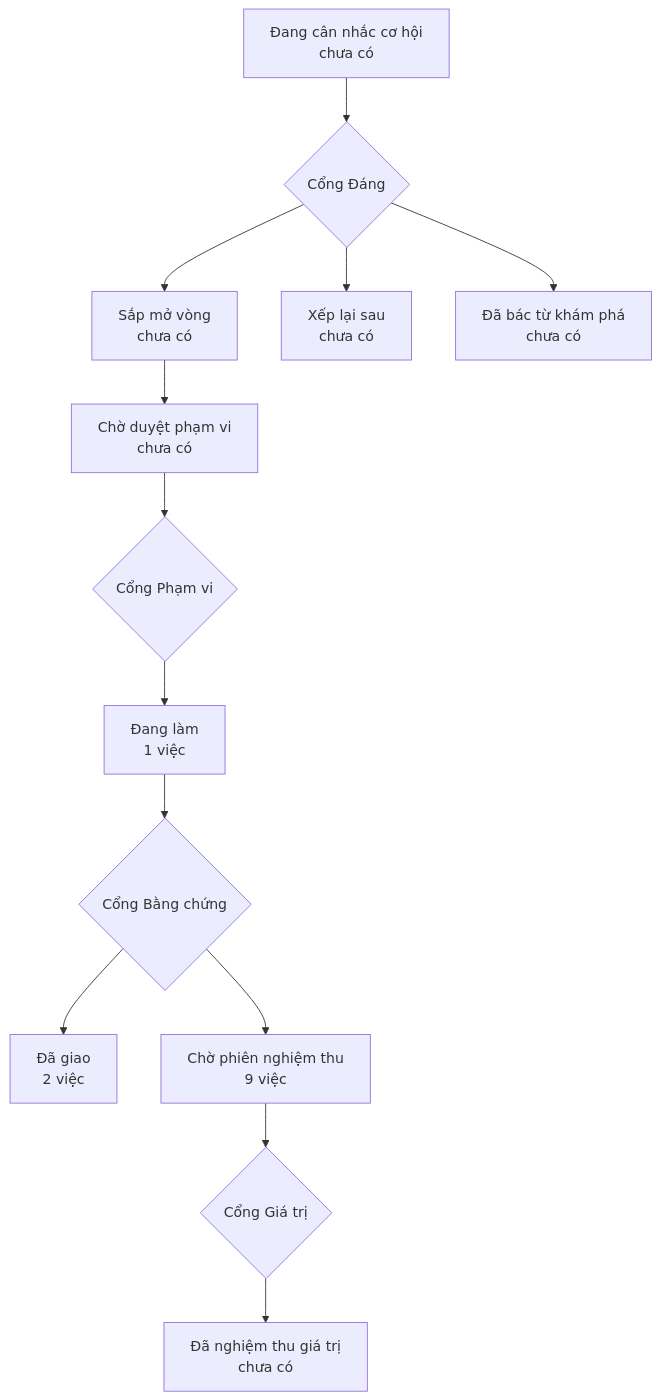
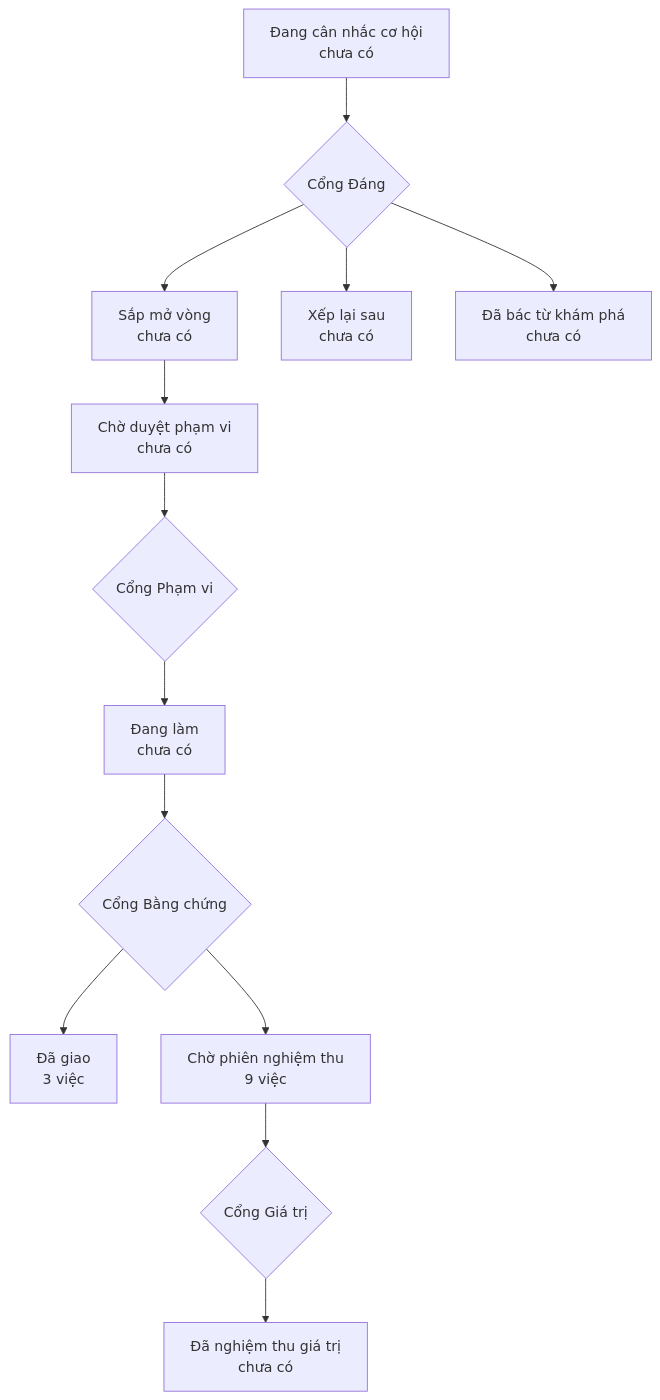
The diagram in PRODUCT-MAP.md (phanlemanh/onehub-quy-hang), drawn with Mermaid before and after one commit. The commit also changed other lines of this file and 4 other files, not shown here.

````diff
--- a/PRODUCT-MAP.md
+++ b/PRODUCT-MAP.md
@@ -7,12 +7,12 @@
 ```mermaid
 flowchart TD
   A["Đang cân nhắc cơ hội<br/>chưa có"] --> GD{"Cổng Đáng"}
   GD --> B["Sắp mở vòng<br/>chưa có"]
   GD --> XL["Xếp lại sau<br/>chưa có"]
   GD --> DB["Đã bác từ khám phá<br/>chưa có"]
   B --> CD["Chờ duyệt phạm vi<br/>chưa có"] --> GP{"Cổng Phạm vi"}
-  GP --> DL["Đang làm<br/>1 việc"] --> GB{"Cổng Bằng chứng"}
-  GB --> DG["Đã giao<br/>2 việc"]
+  GP --> DL["Đang làm<br/>chưa có"] --> GB{"Cổng Bằng chứng"}
+  GB --> DG["Đã giao<br/>3 việc"]
   GB --> CN["Chờ phiên nghiệm thu<br/>9 việc"] --> GG{"Cổng Giá trị"}
   GG --> NT["Đã nghiệm thu giá trị<br/>chưa có"]
 ```
````
